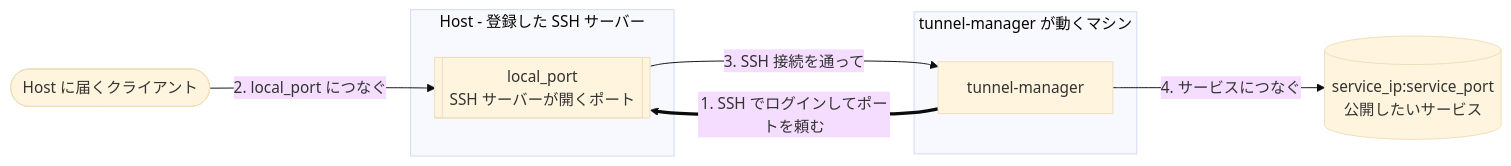
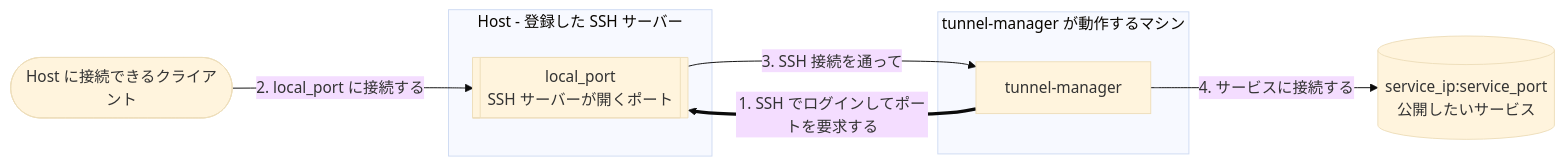
The diagram in docs/README.ja.md (jollaman999/tunnel-manager), drawn with Mermaid (base theme) before and after one commit. The commit also changed other lines of this file and 2 other files, not shown here.

````diff
--- a/docs/README.ja.md
+++ b/docs/README.ja.md
@@ -14,16 +14,16 @@
 ```mermaid
 flowchart LR
-    client(["Host に届くクライアント"])
+    client(["Host に接続できるクライアント"])
     subgraph host ["Host - 登録した SSH サーバー"]
         port[["local_port<br/>SSH サーバーが開くポート"]]
     end
-    subgraph here ["tunnel-manager が動くマシン"]
+    subgraph here ["tunnel-manager が動作するマシン"]
         tm["tunnel-manager"]
     end
     service[("service_ip:service_port<br/>公開したいサービス")]
 
-    tm ==>|"1. SSH でログインしてポートを頼む"| port
-    client -->|"2. local_port につなぐ"| port
+    tm ==>|"1. SSH でログインしてポートを要求する"| port
+    client -->|"2. local_port に接続する"| port
     port -->|"3. SSH 接続を通って"| tm
-    tm -->|"4. サービスにつなぐ"| service
+    tm -->|"4. サービスに接続する"| service
 ```
````
